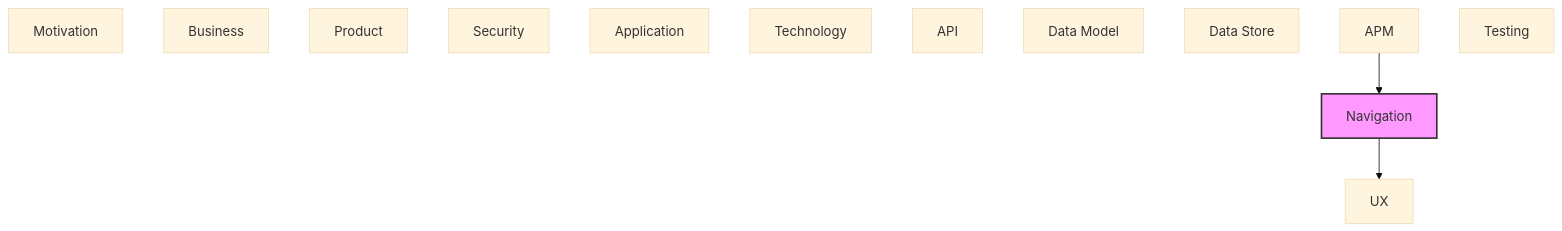
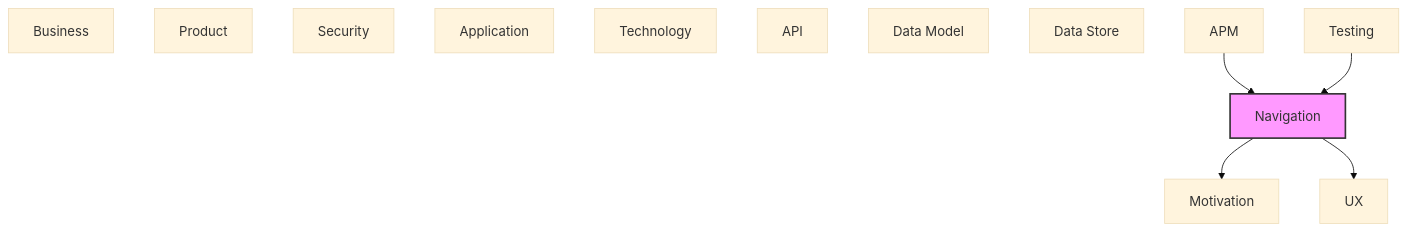
One commit to tinkermonkey/context-studio changed the diagram in documentation-robotics/reports/11-navigation-layer-report.md. Above: the diagram before and after it, drawn with Mermaid (base theme). The commit also changed other lines of this file and 38 other files, not shown here.

````diff
--- a/documentation-robotics/reports/11-navigation-layer-report.md
+++ b/documentation-robotics/reports/11-navigation-layer-report.md
@@ -76,20 +76,22 @@
 ```mermaid
 flowchart TB
   classDef current fill:#f9f,stroke:#333,stroke-width:2px
   motivation["Motivation"]
   business["Business"]
   product["Product"]
   security["Security"]
   application["Application"]
   technology["Technology"]
   api["API"]
   data_model["Data Model"]
   data_store["Data Store"]
   ux["UX"]
   navigation["Navigation"]
   apm["APM"]
   testing["Testing"]
   apm --> navigation
+  navigation --> motivation
   navigation --> ux
+  testing --> navigation
   class navigation current
 ```
````
